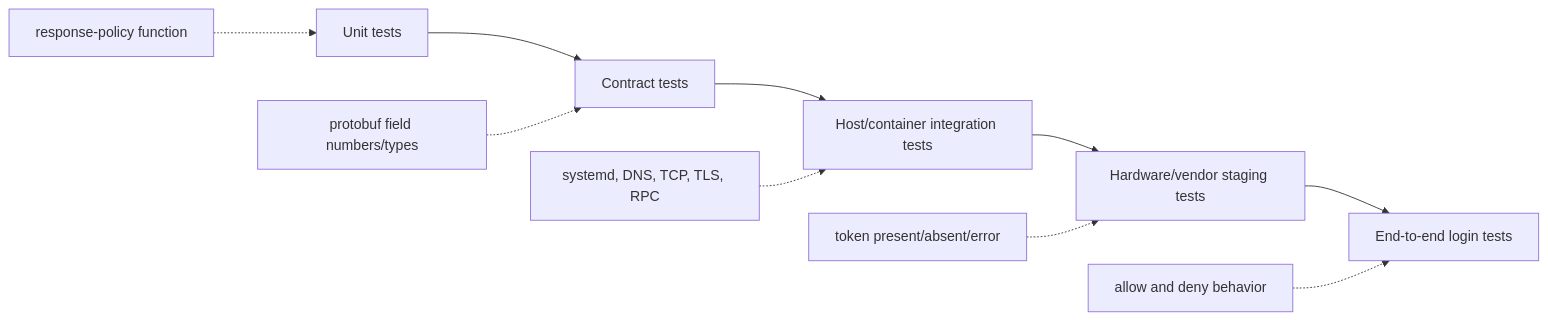
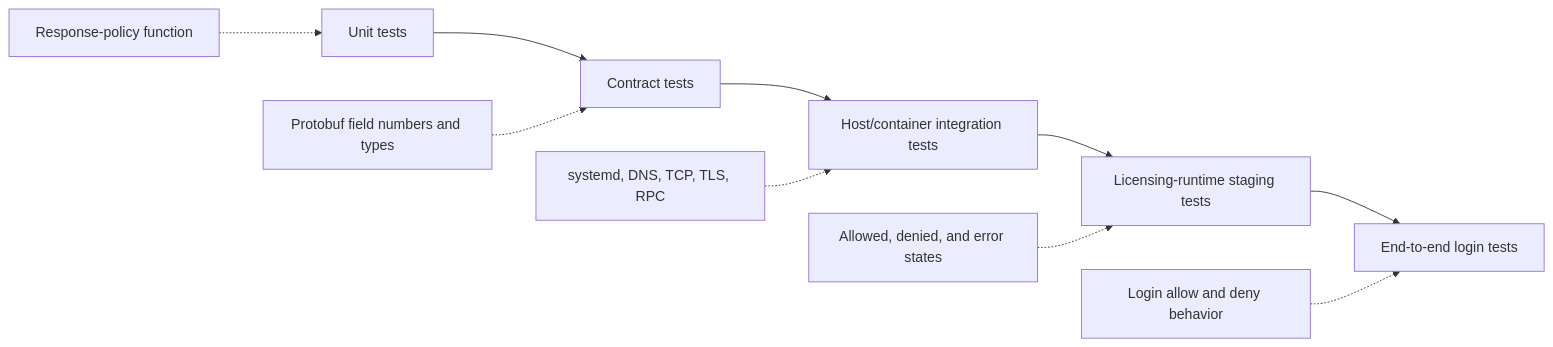
Before and after one commit to adelbordbari/adelbordbari.github.io: the seventh of 8 diagrams in _code/2026-06-27-grpc.md, drawn with Mermaid. The commit also changed other lines of this file, not shown here.

````diff
--- a/_code/2026-06-27-grpc.md
+++ b/_code/2026-06-27-grpc.md
@@ -513,13 +510,13 @@
 ```mermaid
 flowchart LR
     U[Unit tests] --> C[Contract tests]
     C --> I[Host/container integration tests]
-    I --> H[Hardware/vendor staging tests]
+    I --> H[Licensing-runtime staging tests]
     H --> E[End-to-end login tests]
 
-    U1[response-policy function] -.-> U
-    C1[protobuf field numbers/types] -.-> C
+    U1[Response-policy function] -.-> U
+    C1[Protobuf field numbers and types] -.-> C
     I1[systemd, DNS, TCP, TLS, RPC] -.-> I
-    H1[token present/absent/error] -.-> H
-    E1[allow and deny behavior] -.-> E
+    H1[Allowed, denied, and error states] -.-> H
+    E1[Login allow and deny behavior] -.-> E
 ```
````
